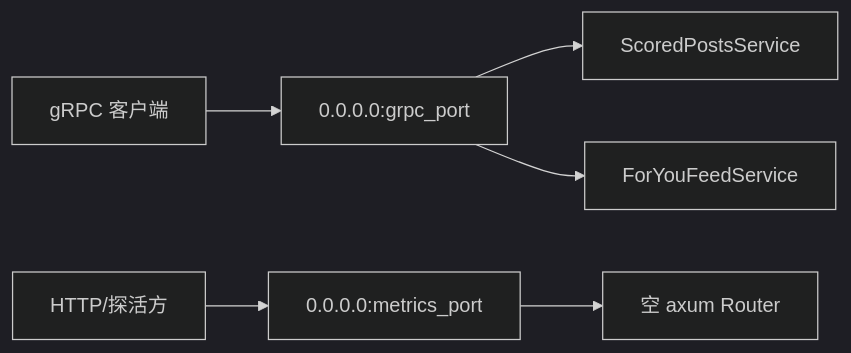
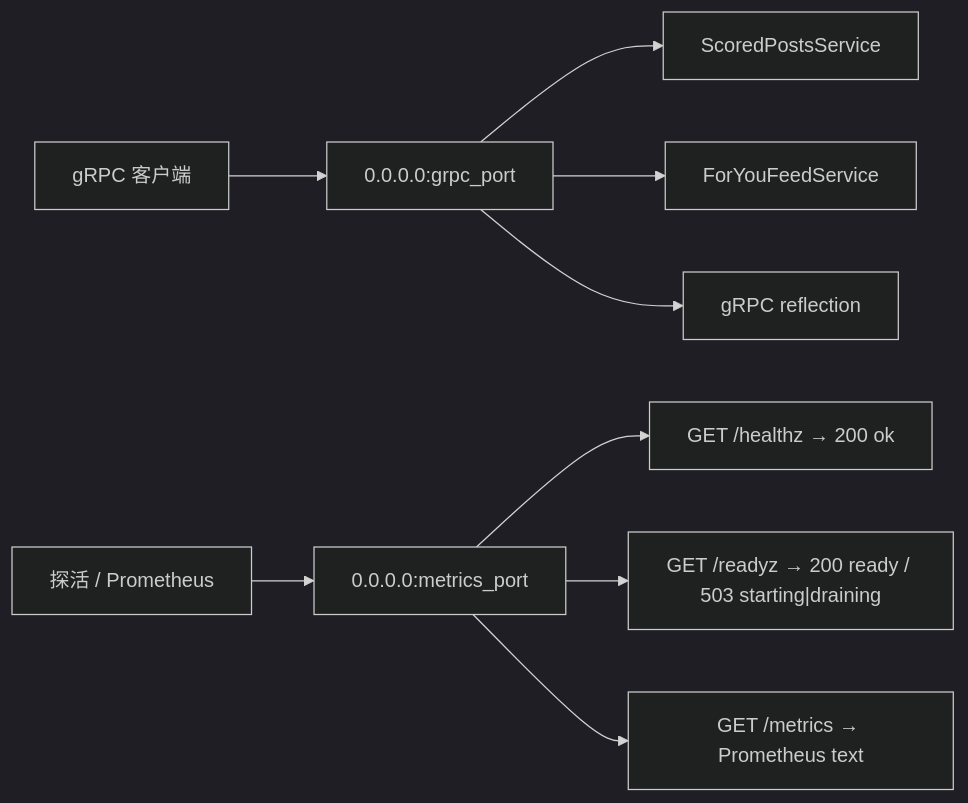
The third of 4 diagrams in docs/home-mixer/07-config-and-params.md (freefcw/x-algorithm), drawn with Mermaid (dark theme) before and after one commit. The commit also changed other lines of this file and 7 other files, not shown here.

````diff
--- a/docs/home-mixer/07-config-and-params.md
+++ b/docs/home-mixer/07-config-and-params.md
@@ -198,9 +214,12 @@
 ```mermaid
 flowchart LR
     Client1["gRPC 客户端"] --> G["0.0.0.0:grpc_port"]
-    Client2["HTTP/探活方"] --> H["0.0.0.0:metrics_port"]
+    Client2["探活 / Prometheus"] --> H["0.0.0.0:metrics_port"]
 
     G --> S["ScoredPostsService"]
     G --> F["ForYouFeedService"]
-    H --> R["空 axum Router"]
+    G --> RF["gRPC reflection"]
+    H --> H1["GET /healthz → 200 ok"]
+    H --> H2["GET /readyz → 200 ready / 503 starting|draining"]
+    H --> H3["GET /metrics → Prometheus text"]
 ```
````
